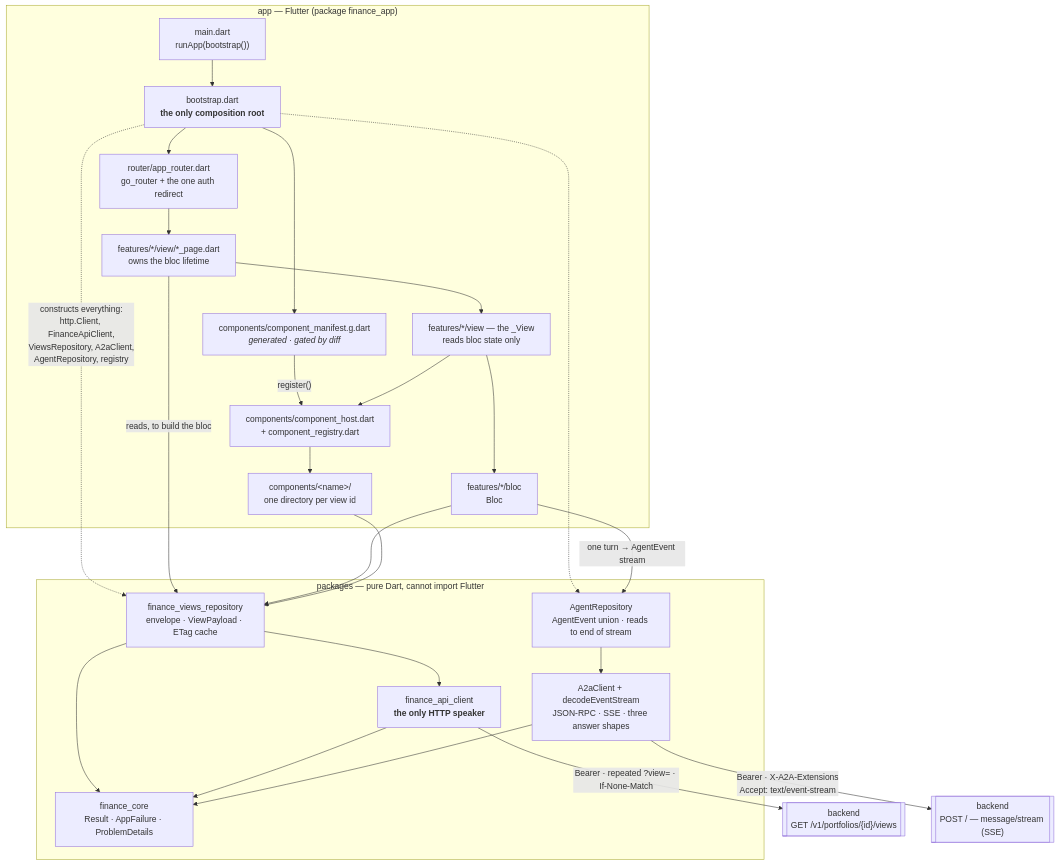
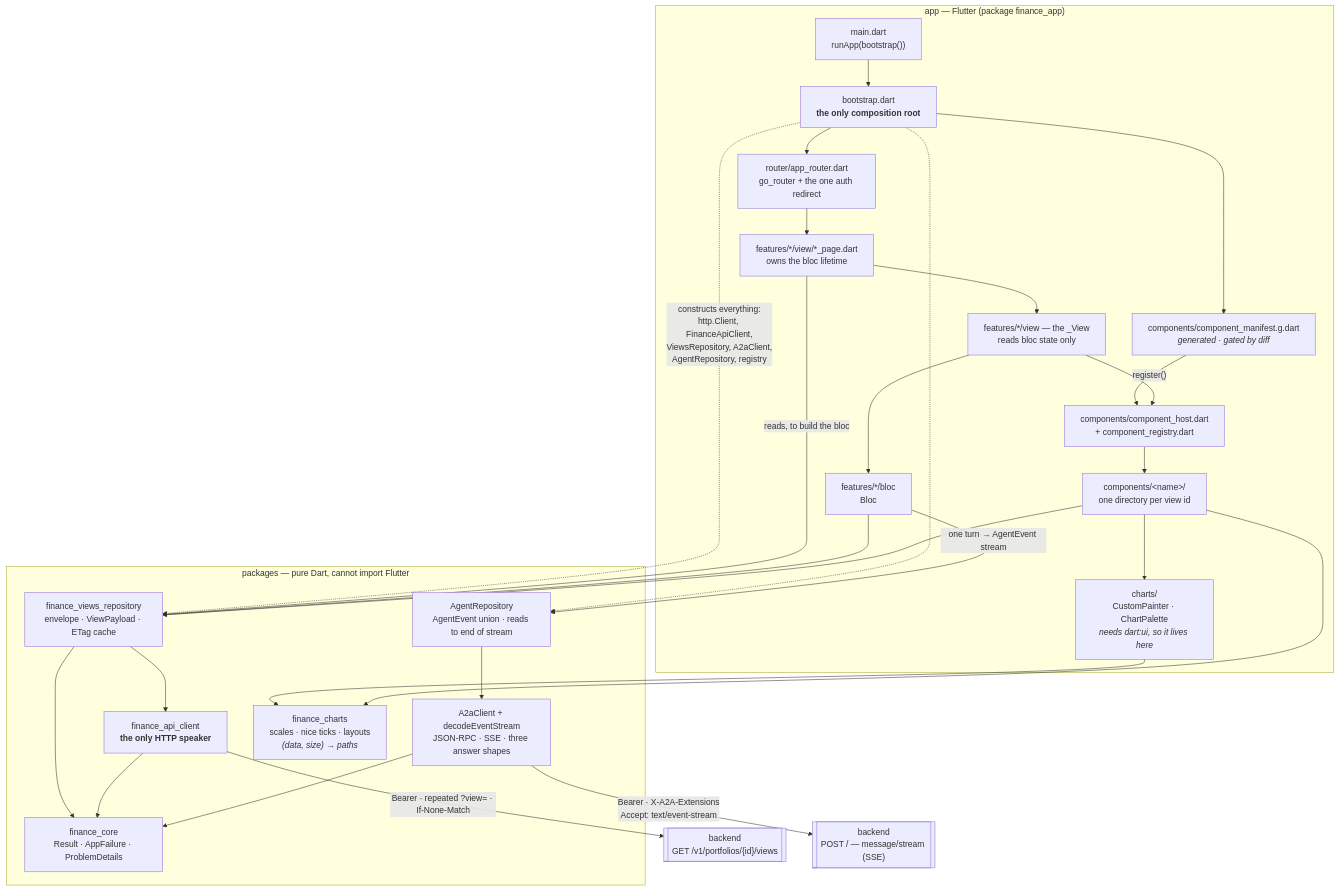
The diagram in docs/diagrams/12-frontend-layers.md (somnio-projects/finance-google-a2ui), drawn with Mermaid before and after one commit. The commit also changed other lines of this file and 72 other files, not shown here.

````diff
--- a/docs/diagrams/12-frontend-layers.md
+++ b/docs/diagrams/12-frontend-layers.md
@@ -10,58 +10,65 @@
 ```mermaid
 graph TD
   subgraph app["app — Flutter (package finance_app)"]
     main["main.dart<br/>runApp(bootstrap())"]
     boot["bootstrap.dart<br/><b>the only composition root</b>"]
     router["router/app_router.dart<br/>go_router + the one auth redirect"]
     page["features/*/view/*_page.dart<br/>owns the bloc lifetime"]
     view["features/*/view — the _View<br/>reads bloc state only"]
     bloc["features/*/bloc<br/>Bloc"]
     host["components/component_host.dart<br/>+ component_registry.dart"]
     comp["components/&lt;name&gt;/<br/>one directory per view id"]
     manifest["components/component_manifest.g.dart<br/><i>generated · gated by diff</i>"]
+    charts["charts/<br/>CustomPainter · ChartPalette<br/><i>needs dart:ui, so it lives here</i>"]
   end
 
   subgraph pure["packages — pure Dart, cannot import Flutter"]
     repo["finance_views_repository<br/>envelope · ViewPayload · ETag cache"]
     agentrepo["AgentRepository<br/>AgentEvent union · reads to end of stream"]
     api["finance_api_client<br/><b>the only HTTP speaker</b>"]
     a2a["A2aClient + decodeEventStream<br/>JSON-RPC · SSE · three answer shapes"]
     core["finance_core<br/>Result · AppFailure · ProblemDetails"]
+    geom["finance_charts<br/>scales · nice ticks · layouts<br/><i>(data, size) → paths</i>"]
   end
 
   backend[["backend<br/>GET /v1/portfolios/{id}/views"]]
   agent[["backend<br/>POST / — message/stream (SSE)"]]
 
   main --> boot
   boot --> router
   boot -.->|"constructs everything:<br/>http.Client, FinanceApiClient,<br/>ViewsRepository, A2aClient,<br/>AgentRepository, registry"| repo
   boot -.-> agentrepo
   boot --> manifest
   manifest -->|"register()"| host
   router --> page
   page --> view
   page -->|"reads, to build the bloc"| repo
   view --> bloc
   view --> host
   host --> comp
   bloc --> repo
   bloc -->|"one turn → AgentEvent stream"| agentrepo
   agentrepo --> a2a
   a2a -->|"Bearer · X-A2A-Extensions<br/>Accept: text/event-stream"| agent
   repo --> api
   api -->|"Bearer · repeated ?view= · If-None-Match"| backend
   repo --> core
   api --> core
   a2a --> core
   comp --> repo
+  comp --> charts
+  charts --> geom
+  comp --> geom
 
   %% Everything below this line is checked by layering_test.dart, not by review.
   %% FORBIDDEN, each with its own test:
   %%   bloc  -> api      (a bloc may not know HTTP exists)
   %%   view  -> repo     (only a *_page.dart may; the _View may not)
   %%   comp  -> features (a component that needs a bloc is a feature)
   %%   pure/ -> flutter  (also a compile error — that is the point of the workspace)
   %%   anything but boot constructing http.Client / FinanceApiClient /
   %%     ViewsRepository / A2aClient / AgentRepository
   %%   NumberFormat · intl · dart:math · toStringAsFixed · double.parse · DateTime.now()
+  %%     — one exemption, by path: finance_views_repository/lib/src/raw_decimal.dart
+  %%   finance_charts -> dart:ui  (which is why the painter is in app/, not here)
 ```
````
